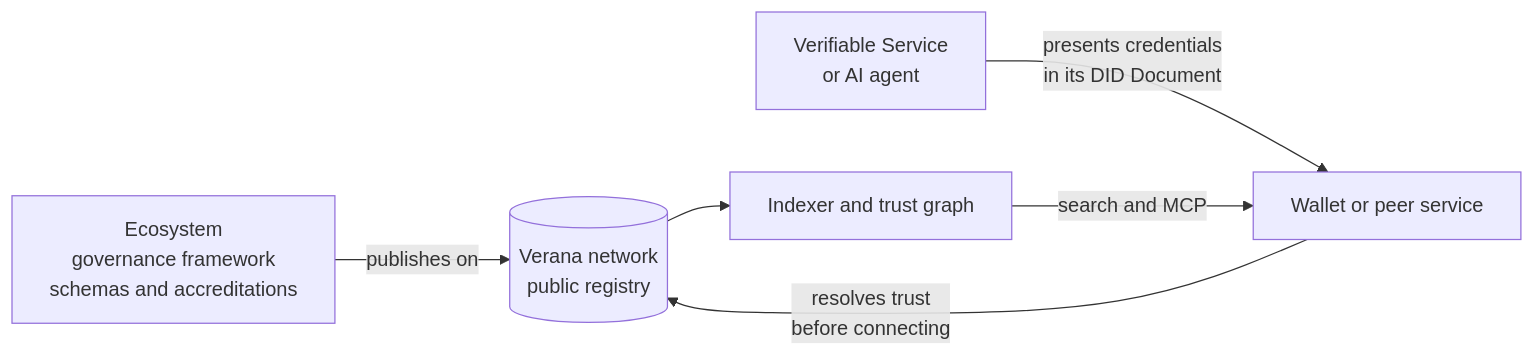
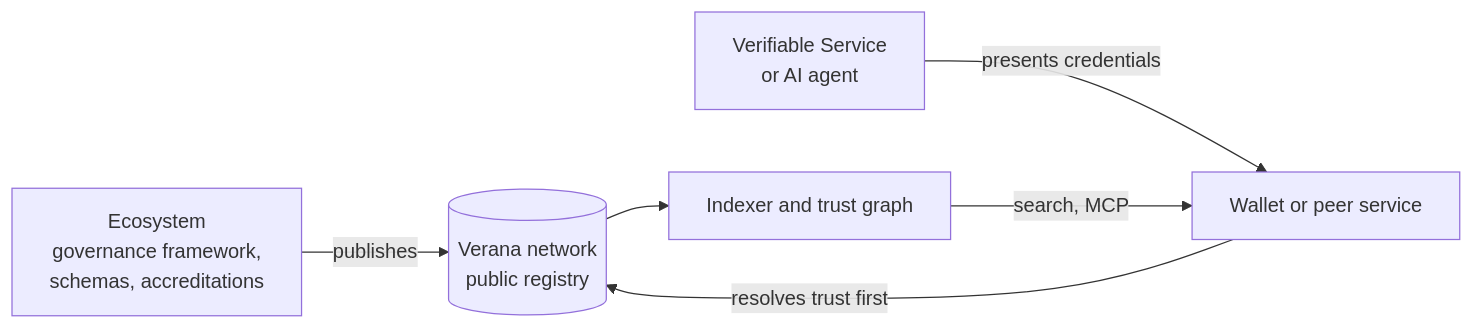
The diagram in docs/understand/start-here/what-is-verana.md (verana-labs/verana-docs), drawn with Mermaid before and after one commit. The commit also changed 4 other files, not shown here.

Commit message:
docs(understand): diagrams with single-line edge labels, no overlapping text

````diff
--- a/docs/understand/start-here/what-is-verana.md
+++ b/docs/understand/start-here/what-is-verana.md
@@ -27,8 +27,8 @@
 ```mermaid
 flowchart LR
-  E[Ecosystem<br/>governance framework<br/>schemas and accreditations] -->|publishes on| R[(Verana network<br/>public registry)]
-  S[Verifiable Service<br/>or AI agent] -->|presents credentials<br/>in its DID Document| W[Wallet or peer service]
-  W -->|resolves trust<br/>before connecting| R
+  E[Ecosystem<br/>governance framework,<br/>schemas, accreditations] -->|publishes| R[(Verana network<br/>public registry)]
+  S[Verifiable Service<br/>or AI agent] -->|presents credentials| W[Wallet or peer service]
+  W -->|resolves trust first| R
   R --> I[Indexer and trust graph]
-  I -->|search and MCP| W
+  I -->|search, MCP| W
 ```
````
